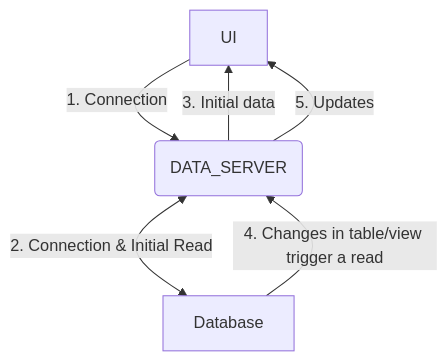
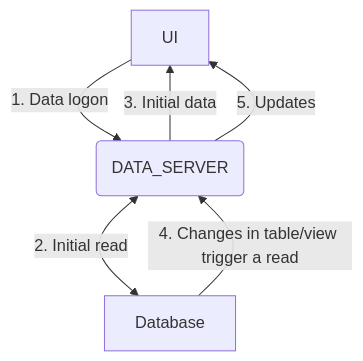
The diagram in docs/001_develop/02_server-capabilities/004_real-time-queries-data-server/index.mdx (genesiscommunitysuccess/docs), drawn with Mermaid before and after one commit. The commit also changed 2 other files, not shown here.

Commit message:
Event handler overview

````diff
--- a/docs/001_develop/02_server-capabilities/004_real-time-queries-data-server/index.mdx
+++ b/docs/001_develop/02_server-capabilities/004_real-time-queries-data-server/index.mdx
@@ -26,8 +26,8 @@
 ```mermaid
 graph TD
-A[UI] --> |1. Connection| B(DATA_SERVER)
+A[UI] --> |1. Data logon| B(DATA_SERVER)
 B -->|3. Initial data| A
 B --> |5. Updates| A
-B <-->|2. Connection & Initial Read| C[Database]
+B <-->|2. Initial read| C[Database]
 C --> |4. Changes in table/view trigger a read|B
 ```
````
